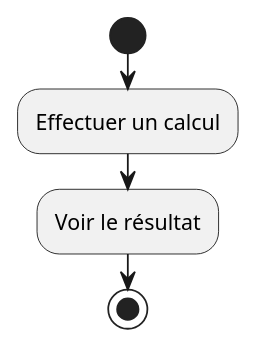
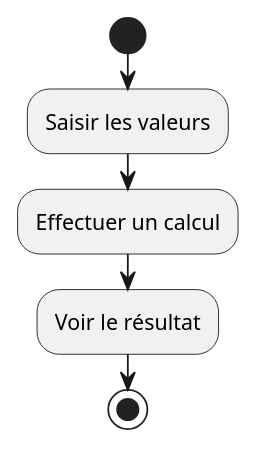
The diagram in docs/activity.puml (theobrogrammer/log430-a25-labo0), drawn with PlantUML before and after one commit. The commit also changed 10 other files, not shown here.

```diff
--- a/docs/activity.puml
+++ b/docs/activity.puml
@@ -1,6 +1,7 @@
 @startuml
     start
+        :Saisir les valeurs;
         :Effectuer un calcul;
         :Voir le résultat;
     stop
 @enduml
```
